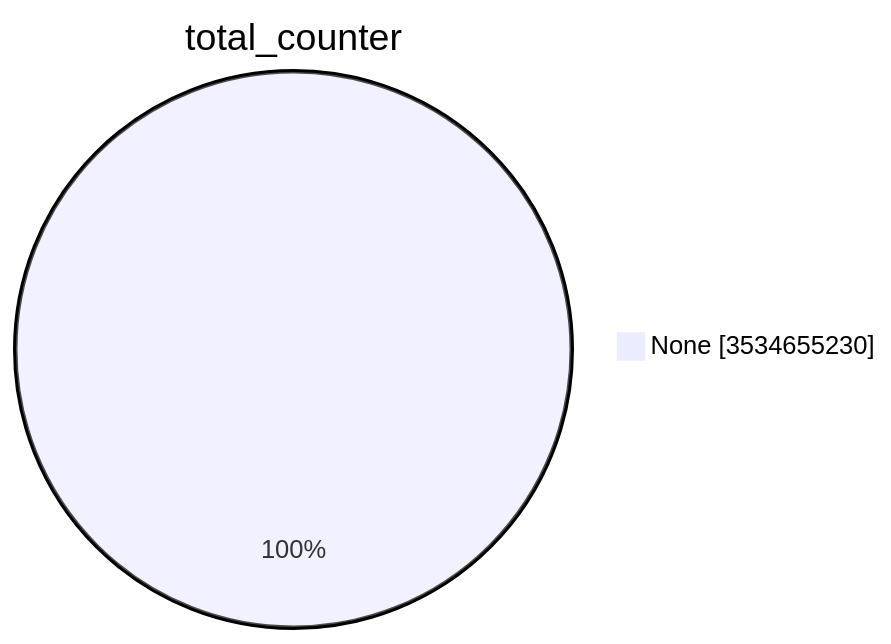
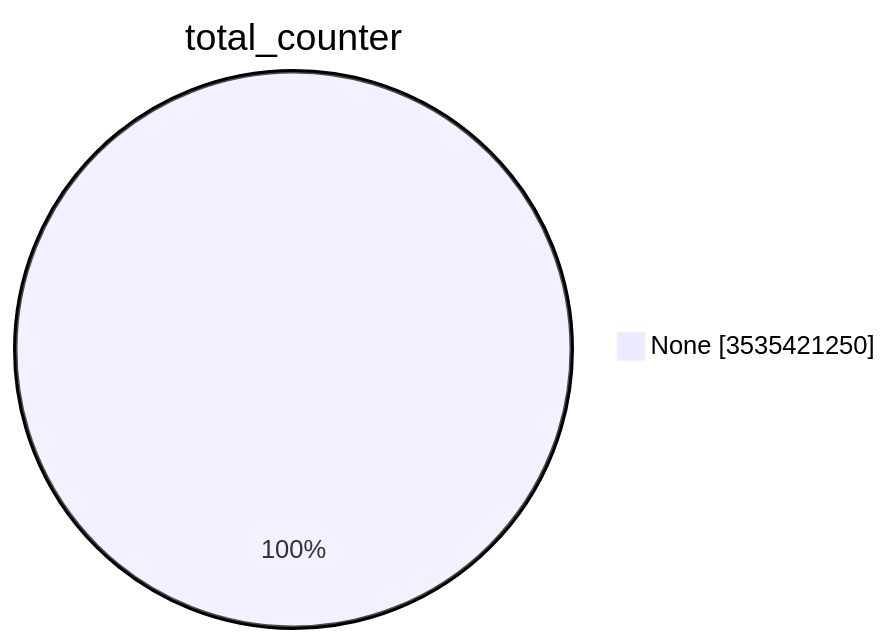
One commit to christiankrug/ctmonitor_visualization changed the first of 15 diagrams in TOTAL/README.md. Above: the diagram before and after it, drawn with Mermaid. The commit also changed other lines of this file, not shown here.

````diff
--- a/TOTAL/README.md
+++ b/TOTAL/README.md
@@ -1,5 +1,5 @@
 ```mermaid
 pie showData
 title total_counter
-"None" :3534655230
+"None" :3535421250
 ```
````
